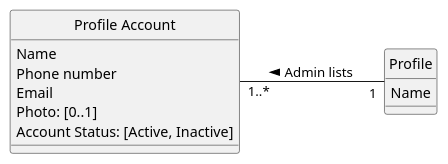
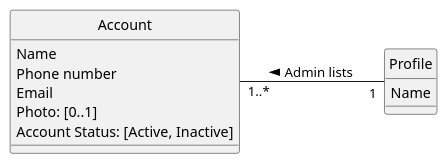
Before and after one commit to ivo-menezes/project_g3: the diagram in docs/modelling_design/user_stories/us004/US004_ListAllAccountsAndStatusDMD.puml, drawn with PlantUML. The commit also changed 4 other files, not shown here.

```diff
--- a/docs/modelling_design/user_stories/us004/US004_ListAllAccountsAndStatusDMD.puml
+++ b/docs/modelling_design/user_stories/us004/US004_ListAllAccountsAndStatusDMD.puml
@@ -1,20 +1,20 @@
 @startuml
 skinparam style strictuml
 left to right direction
 skinparam groupInheritance 3
 
- class "Profile Account" {
+ class "Account" {
    Name
    Phone number
    Email
    Photo: [0..1]
    'the [0..1] in Photo indicates an optional value, see Craig 2004, p.121
    Account Status: [Active, Inactive]
  }
 
  class Profile {
  Name
  }
 
-"Profile Account" "1..*" -- "1" Profile: Admin lists <
+"Account" "1..*" -- "1" Profile: Admin lists <
 @enduml
```
